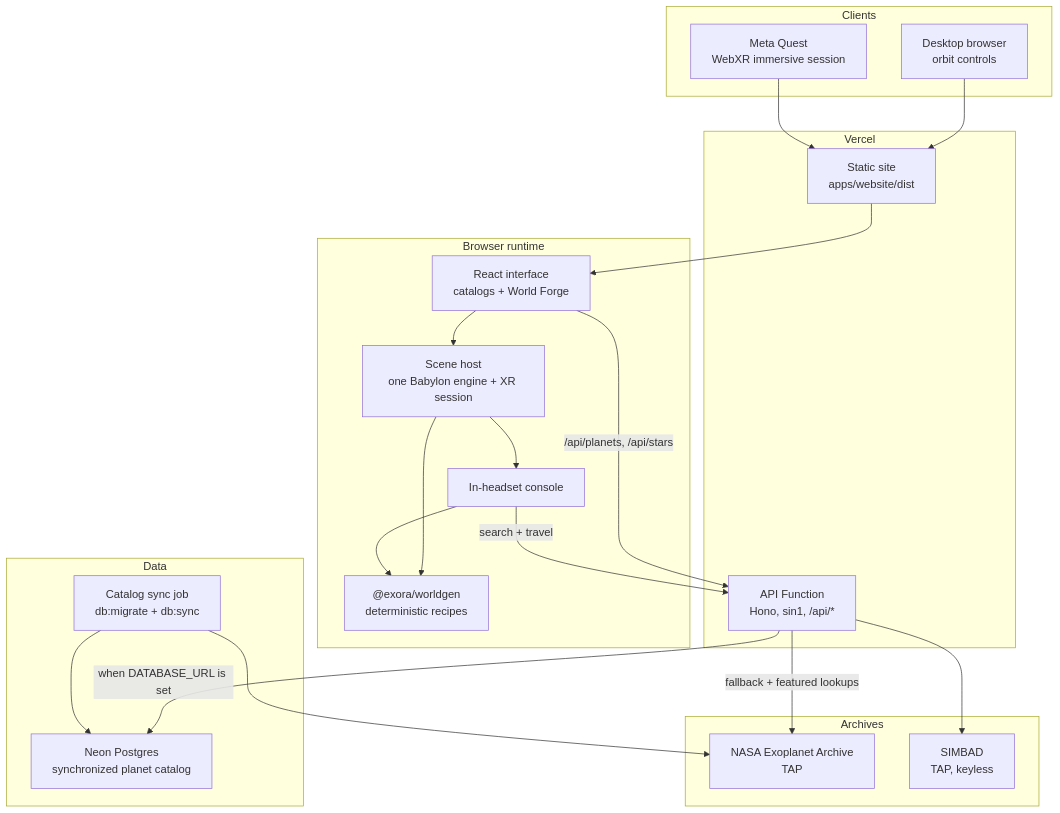
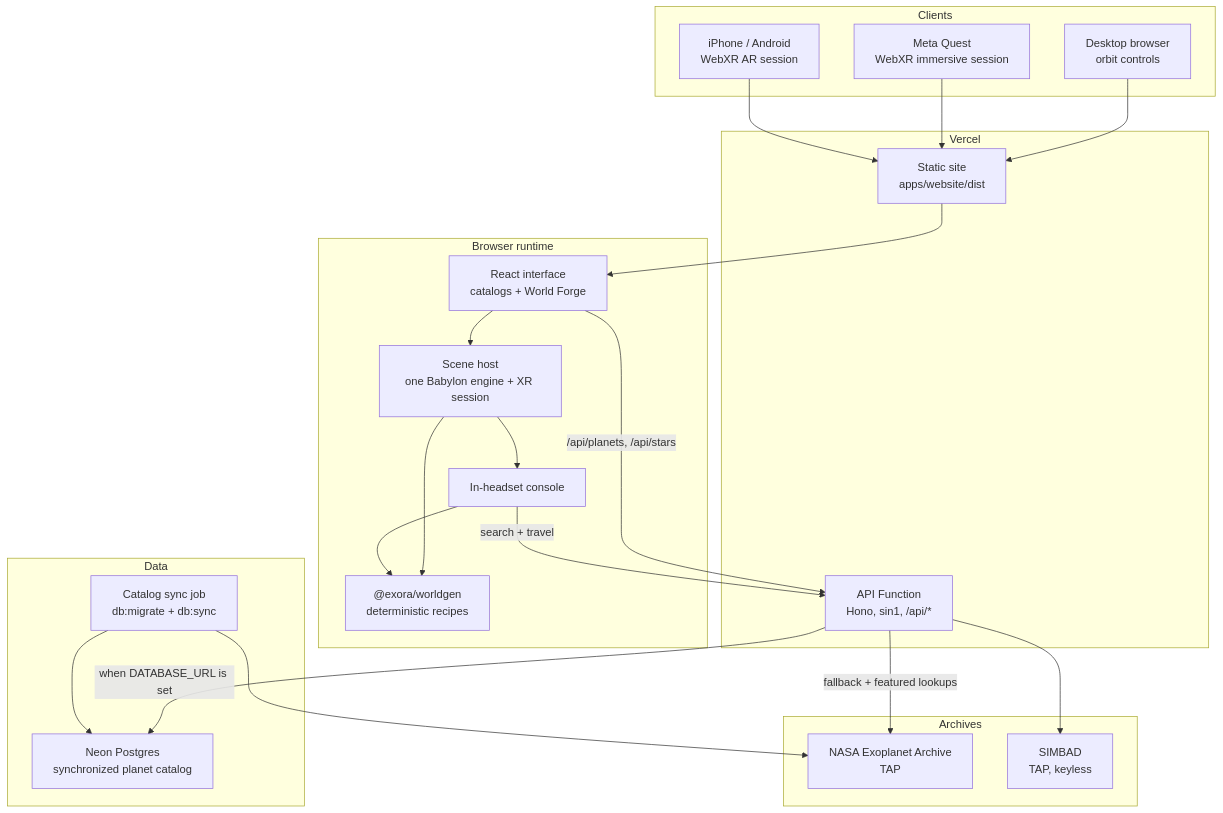
The diagram in README.md (voltcrash/exora), drawn with Mermaid before and after one commit. The commit also changed other lines of this file and 1 other file, not shown here.

Commit message:
docs(ar): add iPhone deployment guide

````diff
--- a/README.md
+++ b/README.md
@@ -111,47 +112,49 @@
 ```mermaid
 flowchart TB
     subgraph Clients
         Desktop["Desktop browser<br/>orbit controls"]
         Headset["Meta Quest<br/>WebXR immersive session"]
+        Phone["iPhone / Android<br/>WebXR AR session"]
     end
 
     subgraph Browser["Browser runtime"]
         UI["React interface<br/>catalogs + World Forge"]
         Host["Scene host<br/>one Babylon engine + XR session"]
         Console["In-headset console"]
         Worldgen["@exora/worldgen<br/>deterministic recipes"]
     end
 
     subgraph Vercel["Vercel"]
         Static["Static site<br/>apps/website/dist"]
         Fn["API Function<br/>Hono, sin1, /api/*"]
     end
 
     subgraph Data["Data"]
         Neon["Neon Postgres<br/>synchronized planet catalog"]
         Sync["Catalog sync job<br/>db:migrate + db:sync"]
     end
 
     subgraph Archives["Archives"]
         NASA["NASA Exoplanet Archive<br/>TAP"]
         SIMBAD["SIMBAD<br/>TAP, keyless"]
     end
 
     Desktop --> Static
     Headset --> Static
+    Phone --> Static
     Static --> UI
     UI --> Host
     Host --> Console
     Host --> Worldgen
     Console --> Worldgen
 
     UI -->|/api/planets, /api/stars| Fn
     Console -->|search + travel| Fn
 
     Fn -->|when DATABASE_URL is set| Neon
     Fn -->|fallback + featured lookups| NASA
     Fn --> SIMBAD
 
     Sync --> NASA
     Sync --> Neon
 ```
````
